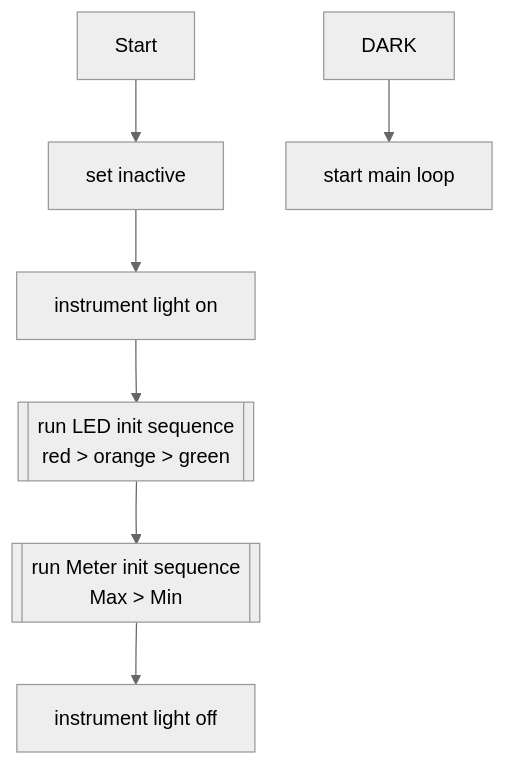
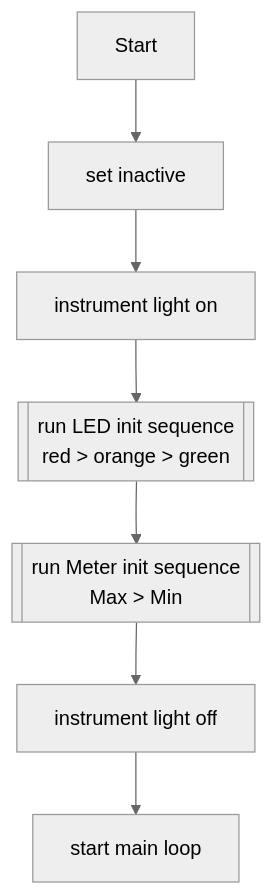
One commit to loco-can/loco-can-software changed the diagram in Loco_can_controller/FUNCTION.md. Above: the diagram before and after it, drawn with Mermaid (neutral theme).

````diff
--- a/Loco_can_controller/FUNCTION.md
+++ b/Loco_can_controller/FUNCTION.md
@@ -2,10 +2,10 @@
 ```mermaid
 graph TD;
   Start --> Init[set inactive];
   Init --> Instr[instrument light on];
   Instr --> LED[["run LED init sequence\nred > orange > green"]];
   LED --> METER[["run Meter init sequence\nMax > Min"]];
   METER --> dark[instrument light off];
-  DARK --> INITEND[start main loop];
+  dark --> INITEND[start main loop];
 
 ```
````
